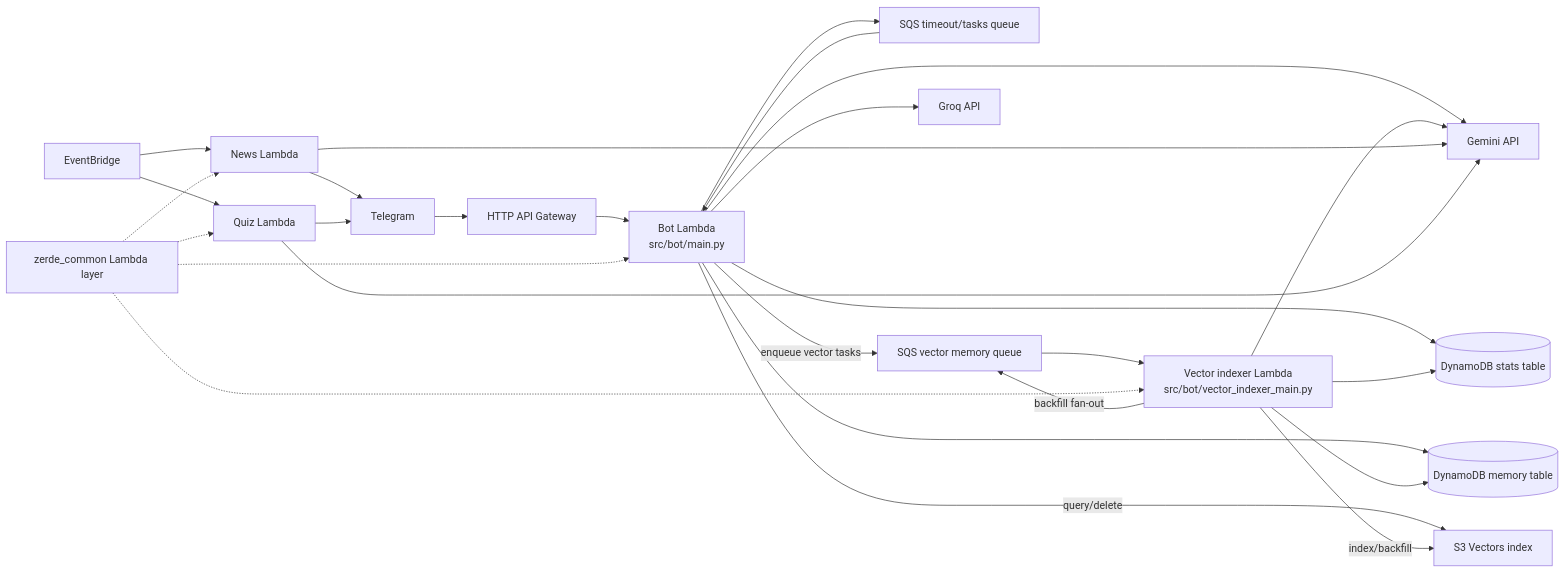
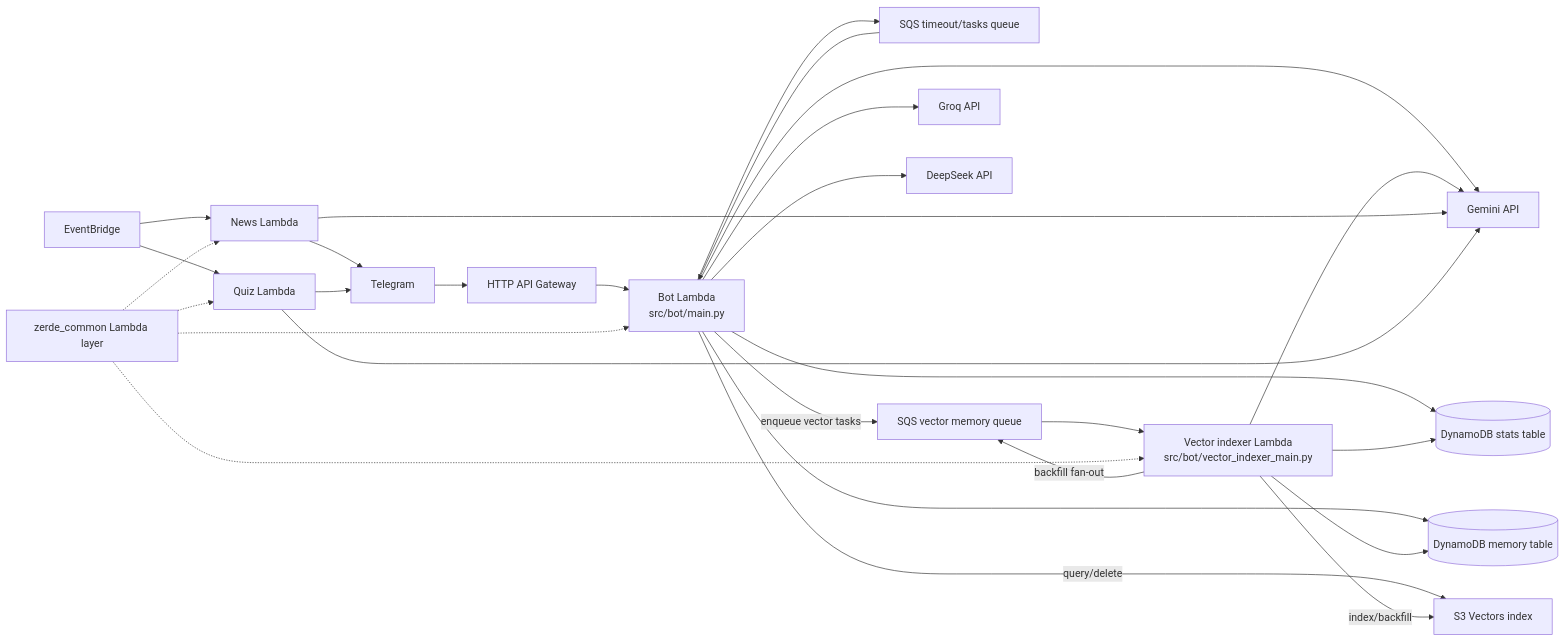
One commit to Bayashat/zerde-serverless-bot changed the diagram in docs/ARCHITECTURE.md. Above: the diagram before and after it, drawn with Mermaid. The commit also changed other lines of this file and 19 other files, not shown here.

````diff
--- a/docs/ARCHITECTURE.md
+++ b/docs/ARCHITECTURE.md
@@ -21,32 +21,33 @@
 ```mermaid
 flowchart LR
   TG["Telegram"] --> APIGW["HTTP API Gateway"]
   APIGW --> BOT["Bot Lambda<br/>src/bot/main.py"]
   MAINQ["SQS timeout/tasks queue"] --> BOT
   VQ["SQS vector memory queue"] --> VIDX["Vector indexer Lambda<br/>src/bot/vector_indexer_main.py"]
 
   BOT --> STATS[("DynamoDB stats table")]
   BOT --> MEMORY[("DynamoDB memory table")]
   BOT --> MAINQ
   BOT -- "enqueue vector tasks" --> VQ
   BOT -- "query/delete" --> S3V["S3 Vectors index"]
   BOT --> GEMINI["Gemini API"]
   BOT --> GROQ["Groq API"]
+  BOT --> DEEPSEEK["DeepSeek API"]
   VIDX -- "backfill fan-out" --> VQ
   VIDX --> STATS
   VIDX --> MEMORY
   VIDX -- "index/backfill" --> S3V
   VIDX --> GEMINI
 
   EB["EventBridge"] --> NEWS["News Lambda"]
   EB --> QUIZ["Quiz Lambda"]
   NEWS --> GEMINI
   QUIZ --> GEMINI
   NEWS --> TG
   QUIZ --> TG
 
   LAYER["zerde_common Lambda layer"] -.-> BOT
   LAYER -.-> VIDX
   LAYER -.-> NEWS
   LAYER -.-> QUIZ
 ```
````
